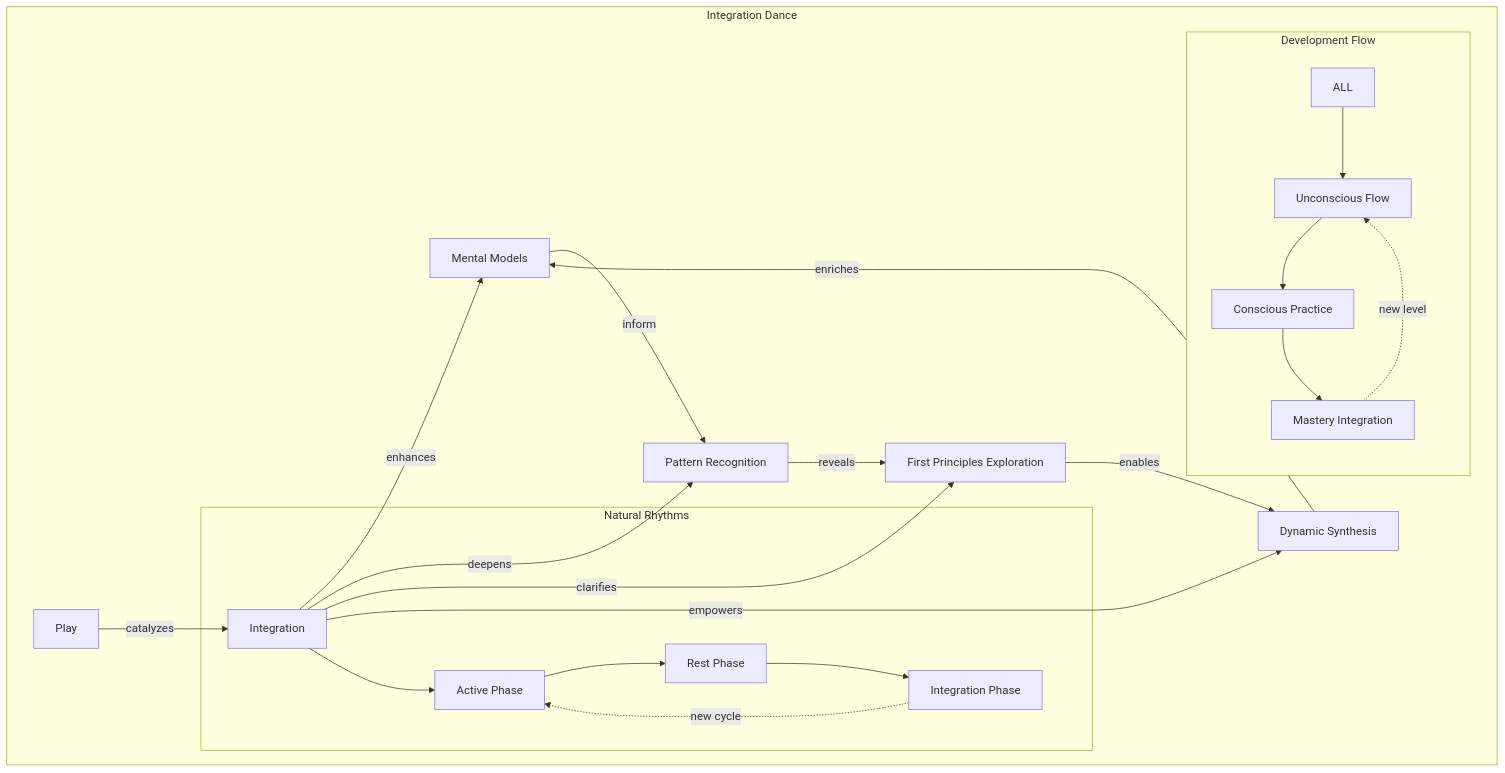
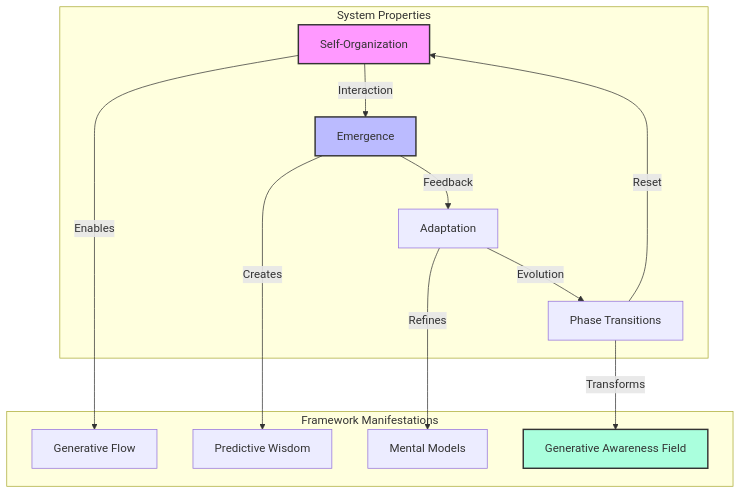
Before and after one commit to phillipclapham/neuroweaver: diagram 14 of 52 in README.md, drawn with Mermaid. The commit also changed other lines of this file and 4 other files, not shown here.

Commit message:
v0.2.0-flow

````diff
--- a/README.md
+++ b/README.md
@@ -1112,29 +3647,30 @@
 ```mermaid
 graph TD
-    subgraph "Integration Dance"
-        MM[Mental Models] -->|inform| PR[Pattern Recognition]
-        PR -->|reveals| FP[First Principles Exploration]
-        FP -->|enables| DS[Dynamic Synthesis]
-        DS -->|enriches| MM
+    subgraph "System Properties"
+        SO[Self-Organization]
+        EM[Emergence]
+        AD[Adaptation]
+        PT[Phase Transitions]
+    end
 
-        PL[Play] -->|catalyzes| INT[Integration]
-        INT -->|enhances| MM
-        INT -->|deepens| PR
-        INT -->|clarifies| FP
-        INT -->|empowers| DS
+    subgraph "Framework Manifestations"
+        GF[Generative Flow]
+        MM[Mental Models]
+        PW[Predictive Wisdom]
+        GAF[Generative Awareness Field]
+    end
 
-        subgraph "Natural Rhythms"
-            INT --> AP[Active Phase]
-            AP --> RP[Rest Phase]
-            RP --> IP[Integration Phase]
-            IP -.->|new cycle| AP
-        end
+    SO -->|Enables| GF
+    EM -->|Creates| PW
+    AD -->|Refines| MM
+    PT -->|Transforms| GAF
 
-        subgraph "Development Flow"
-            ALL --> U[Unconscious Flow]
-            U --> C[Conscious Practice]
-            C --> M[Mastery Integration]
-            M -.->|new level| U
-        end
-    end
+    SO -->|Interaction| EM
+    EM -->|Feedback| AD
+    AD -->|Evolution| PT
+    PT -->|Reset| SO
+
+    style SO fill:#f9f,stroke:#333,stroke-width:2px
+    style EM fill:#bbf,stroke:#333,stroke-width:2px
+    style GAF fill:#afd,stroke:#333,stroke-width:2px
 ```
````
